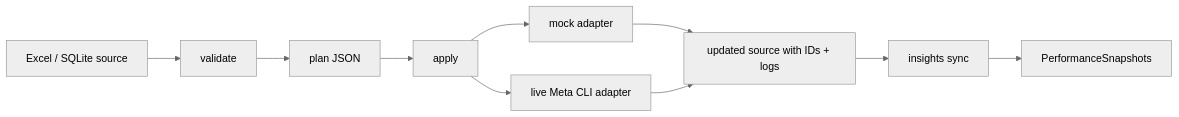
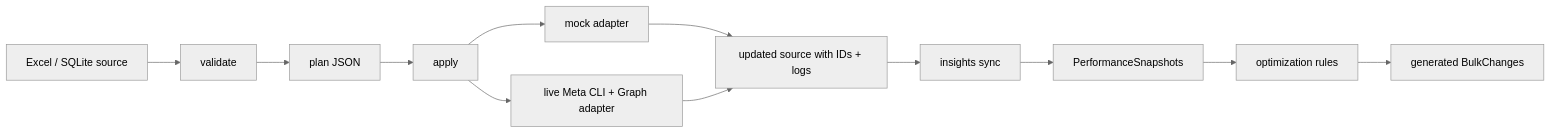
Before and after one commit to AMYFYJ/meta-ads-cli-automation: the diagram in docs/ARCHITECTURE.md, drawn with Mermaid (neutral theme). The commit also changed other lines of this file and 10 other files, not shown here.

````diff
--- a/docs/ARCHITECTURE.md
+++ b/docs/ARCHITECTURE.md
@@ -3,12 +3,14 @@
 ```mermaid
 flowchart LR
     Source["Excel / SQLite source"] --> Validate["validate"]
     Validate --> Plan["plan JSON"]
     Plan --> Apply["apply"]
     Apply --> Mock["mock adapter"]
-    Apply --> Live["live Meta CLI adapter"]
+    Apply --> Live["live Meta CLI + Graph adapter"]
     Mock --> Updated["updated source with IDs + logs"]
     Live --> Updated
     Updated --> Insights["insights sync"]
     Insights --> Perf["PerformanceSnapshots"]
+    Perf --> Optimize["optimization rules"]
+    Optimize --> Bulk["generated BulkChanges"]
 ```
````
